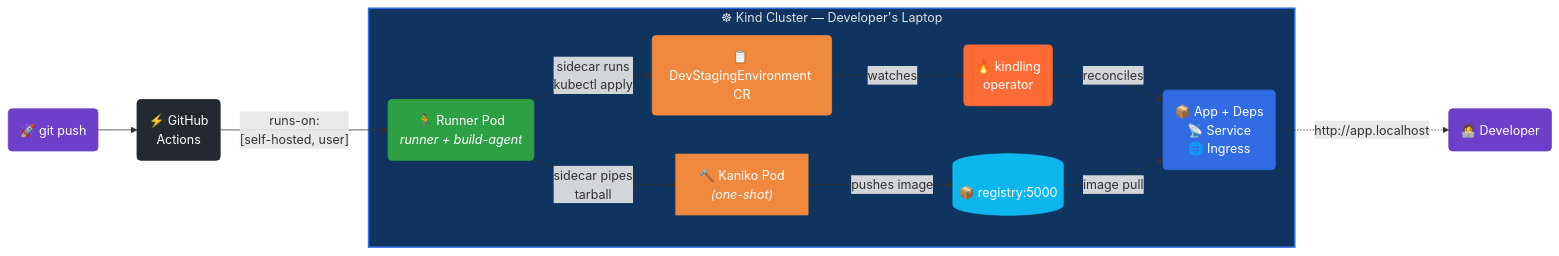
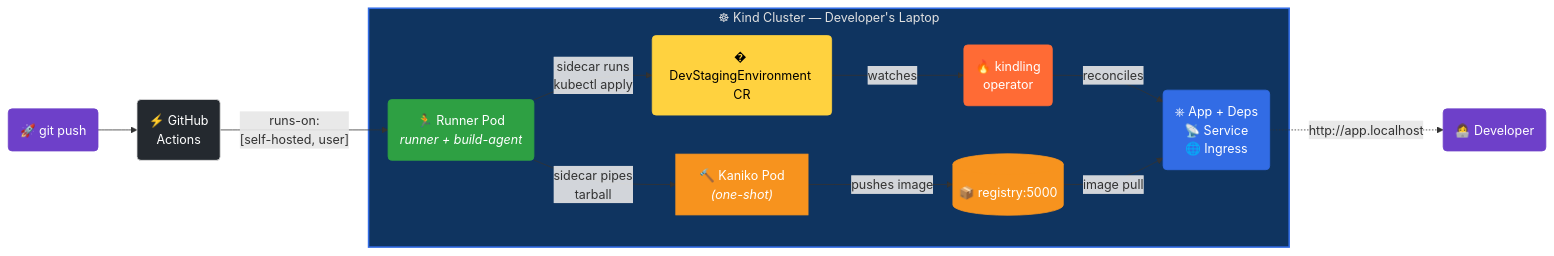
Before and after one commit to kindling-sh/kindling: the second of 3 diagrams in README.md, drawn with Mermaid. The commit also changed other lines of this file and 4 other files, not shown here.

First line of the commit message:
fix: broken architecture diagram (reserved 'default' keyword), improve diagram branding

````diff
--- a/README.md
+++ b/README.md
@@ -646,34 +646,34 @@
 ```mermaid
 flowchart LR
     push("🚀 git push") --> gh("⚡ GitHub\nActions")
     gh -- "runs-on:\n[self-hosted, user]" --> runner
 
     subgraph cluster["☸  Kind Cluster — Developer's Laptop"]
         runner("🏃 Runner Pod\n<i>runner + build-agent</i>")
         kaniko["🔨 Kaniko Pod\n<i>(one-shot)</i>"]
         registry[("📦 registry:5000")]
-        cr("📋 DevStagingEnvironment CR")
+        cr("� DevStagingEnvironment CR")
         operator("🔥 kindling\noperator")
-        resources("📦 App + Deps\n📡 Service\n🌐 Ingress")
+        resources("⎈ App + Deps\n📡 Service\n🌐 Ingress")
 
         runner -- "sidecar pipes\ntarball" --> kaniko
         kaniko -- "pushes image" --> registry
         runner -- "sidecar runs\nkubectl apply" --> cr
         cr -- "watches" --> operator
         operator -- "reconciles" --> resources
         registry -- "image pull" --> resources
     end
 
     resources -. "http://app.localhost" .-> user("👩‍💻 Developer")
 
     style cluster fill:#0f3460,stroke:#326CE5,color:#e0e0e0,stroke-width:2px
     style push fill:#6e40c9,stroke:#6e40c9,color:#fff
-    style gh fill:#24292f,stroke:#24292f,color:#fff
+    style gh fill:#24292f,stroke:#e0e0e0,color:#fff
     style runner fill:#2ea043,stroke:#2ea043,color:#fff
-    style kaniko fill:#f0883e,stroke:#f0883e,color:#fff
-    style registry fill:#0db7ed,stroke:#0db7ed,color:#fff
-    style cr fill:#f0883e,stroke:#f0883e,color:#fff
+    style kaniko fill:#F7931E,stroke:#F7931E,color:#fff
+    style registry fill:#F7931E,stroke:#F7931E,color:#fff
+    style cr fill:#FFD23F,stroke:#FFD23F,color:#000
     style operator fill:#FF6B35,stroke:#FF6B35,color:#fff
     style resources fill:#326CE5,stroke:#326CE5,color:#fff
     style user fill:#6e40c9,stroke:#6e40c9,color:#fff
 ```
````
